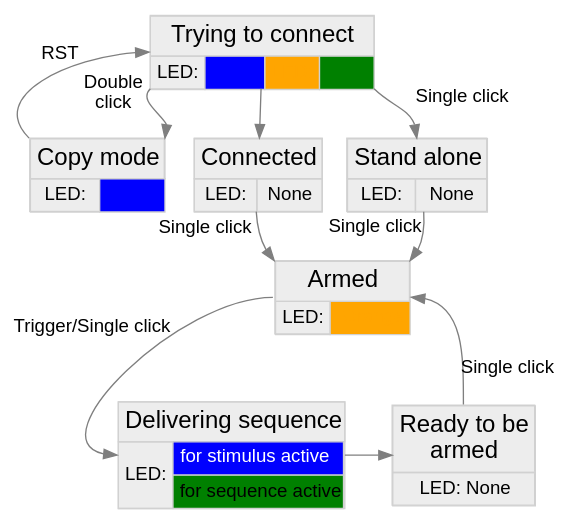
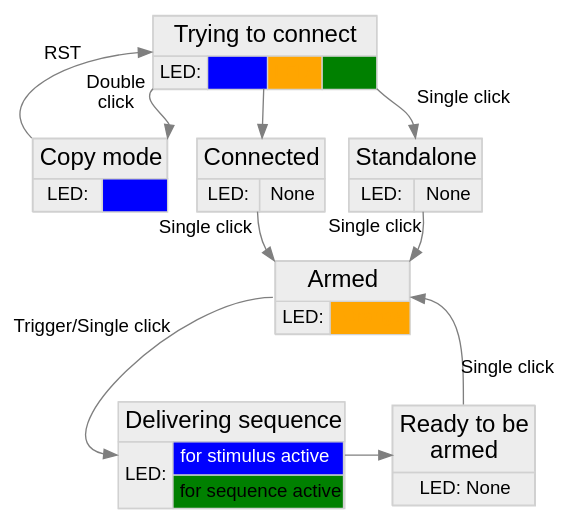
One commit to IBT-FMI/COSplay changed the diagram in documentation/workflow.dot. Above: the diagram before and after it, drawn with Graphviz. The commit also changed 1 other file, not shown here.

```diff
--- a/documentation/workflow.dot
+++ b/documentation/workflow.dot
@@ -1,78 +1,78 @@
 digraph workflow{
 	forcelabels = true;
 	node [fontname = "sans", style=filled];
 	edge [fontname = "sans", color=gray50];
 	connect [shape=box, margin=0, color=grey82, fillcolor=grey93, fontname="Arial", label = <
 	<TABLE BORDER="0" CELLBORDER="1" CELLSPACING="0" CELLPADDING="4">
 		<TR><TD COLSPAN="4"><FONT POINT-SIZE="18">Trying to connect</FONT></TD>
 		</TR>
 		<TR><TD>LED:</TD> <TD BGCOLOR="blue"> <FONT COLOR="blue">LED:</FONT></TD> <TD BGCOLOR="orange"><FONT COLOR="orange">LED:</FONT></TD> <TD BGCOLOR="green"><FONT COLOR="green">LED:</FONT></TD>
 		</TR>
 	</TABLE>>];
 
 	copy [shape=box, margin=0, color=grey82, fillcolor=grey93, fontname="Arial", label = <
 	<TABLE BORDER="0" CELLBORDER="1" CELLSPACING="0" CELLPADDING="4">
 		<TR><TD COLSPAN="2"><FONT POINT-SIZE="18">Copy mode</FONT></TD>
 		</TR>
 		<TR><TD>LED:</TD> <TD BGCOLOR="blue"><FONT COLOR="blue">Blue</FONT></TD>
 		</TR>
 	</TABLE>>];
 
 	standalone [shape=box, margin=0, color=grey82, fillcolor=grey93, fontname="Arial", label = <
 	<TABLE BORDER="0" CELLBORDER="1" CELLSPACING="0" CELLPADDING="4">
-		<TR><TD COLSPAN="2"><FONT POINT-SIZE="18">Stand alone</FONT></TD>
+		<TR><TD COLSPAN="2"><FONT POINT-SIZE="18">Standalone</FONT></TD>
 		</TR>
 		<TR><TD>LED:</TD><TD>None</TD>
 		</TR>
 	</TABLE>>];
 
 	connected [shape=box, margin=0, color=grey82, fillcolor=grey93, fontname="Arial", label = <
 	<TABLE BORDER="0" CELLBORDER="1" CELLSPACING="0" CELLPADDING="4">
 		<TR><TD COLSPAN="2"><FONT POINT-SIZE="18">Connected</FONT></TD>
 		</TR>
 		<TR><TD>LED:</TD><TD>None</TD>
 		</TR>
 	</TABLE>>];
 
 	armed [shape=box, margin=0, color=grey82, fillcolor=grey93, fontname="Arial", label = <
 	<TABLE BORDER="0" CELLBORDER="1" CELLSPACING="0" CELLPADDING="4">
 		<TR><TD COLSPAN="2"><FONT POINT-SIZE="18">Armed</FONT></TD>
 		</TR>
 		<TR><TD>LED:</TD> <TD BGCOLOR="orange"> <FONT COLOR="orange">Orange</FONT></TD>
 		</TR>
 	</TABLE>>];
 
 	afterdelivery [shape=box, margin=0, color=grey82, fillcolor=grey93, fontname="Arial", label = <
 	<TABLE BORDER="0" CELLBORDER="1" CELLSPACING="0" CELLPADDING="4">
 		<TR><TD><FONT POINT-SIZE="18">Ready to be<BR/>armed</FONT></TD>
 		</TR>
 		<TR><TD>LED: None</TD>
 		</TR>
 	</TABLE>>];
 
 	delivering [shape=box, margin=0, color=grey82, fillcolor=grey93, fontname="Arial", label = <
 	<TABLE BORDER="0" CELLBORDER="1" CELLSPACING="0" CELLPADDING="4">
 		<TR><TD COLSPAN="3"><FONT POINT-SIZE="18">Delivering sequence</FONT></TD>
 		</TR>
 		<TR><TD ROWSPAN="2">LED:</TD> <TD BGCOLOR="blue"><FONT COLOR="white"> for stimulus active</FONT> </TD></TR>
 		<TR><TD BGCOLOR="green">for sequence active</TD>
 		</TR>
 	</TABLE>>];
 
 	#invis[shape=none label=""]
 
 	{rank=same copy standalone connected}
 	{rank=same delivering afterdelivery}
 	#{rank=same invis afterdelivery}
 
 	connect:sw -> copy:ne [fontname="Arial", xlabel ="Double   \nclick   "];
 	copy:nw -> connect:w [fontname="Arial", xlabel ="RST"];
 	connect -> connected
 	connect:se -> standalone:n [fontname="Arial", xlabel = "\n    Single click"];
 	standalone -> armed:ne [fontname="Arial", xlabel = "        Single click"];
 	connected -> armed:nw [fontname="Arial", xlabel = "Single click  "];
 	#armed -> invis -> delivering [style=invis]
 	afterdelivery:n -> armed:e [fontname="Arial", label = "Single click"];
 	delivering:e -> afterdelivery:w
 	armed:w -> delivering:w [fontname="Arial", xlabel = "Trigger/Single click"];
 }
```
